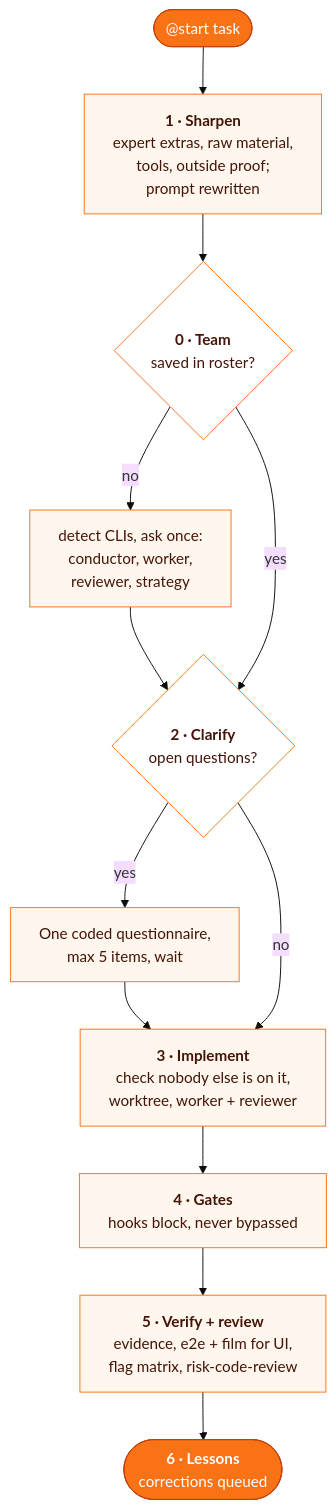
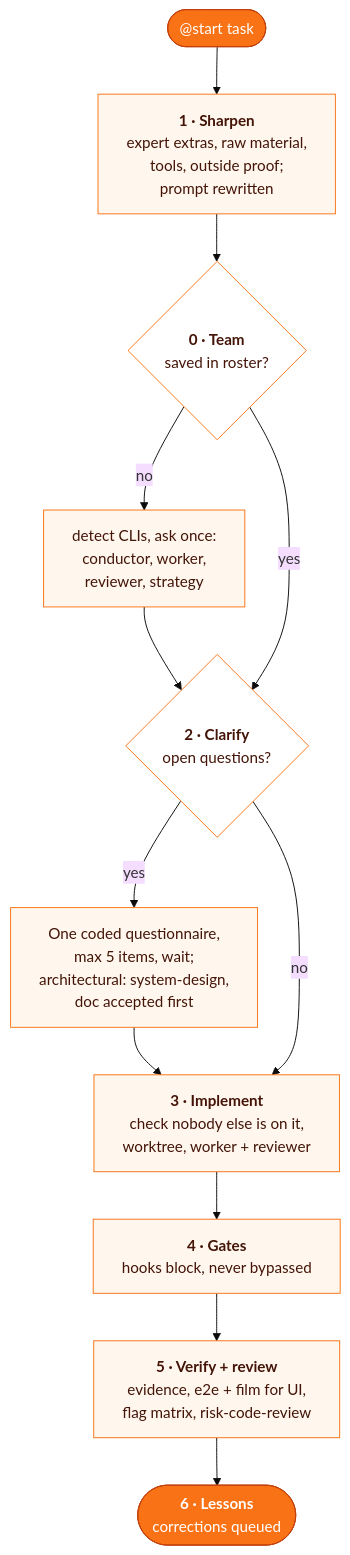
The diagram in skills/start/README.md (MarcinSufa/skills), drawn with Mermaid (base theme) before and after one commit. The commit also changed other lines of this file and 14 other files, not shown here.

First line of the commit message:
feat: add system-design skill and run it from start stage 2

````diff
--- a/skills/start/README.md
+++ b/skills/start/README.md
@@ -33,21 +33,21 @@
 ```mermaid
 flowchart TD
   IN(["@start task"]) --> S1["<b>1 · Sharpen</b><br/>expert extras, raw material,<br/>tools, outside proof;<br/>prompt rewritten"]
   S1 --> S0{"<b>0 · Team</b><br/>saved in roster?"}
   S0 -- no --> T["detect CLIs, ask once:<br/>conductor, worker,<br/>reviewer, strategy"]
   T --> S2
   S0 -- yes --> S2{"<b>2 · Clarify</b><br/>open questions?"}
-  S2 -- yes --> Q["One coded questionnaire,<br/>max 5 items, wait"]
+  S2 -- yes --> Q["One coded questionnaire,<br/>max 5 items, wait;<br/>architectural: system-design,<br/>doc accepted first"]
   Q --> S3
   S2 -- no --> S3["<b>3 · Implement</b><br/>check nobody else is on it,<br/>worktree, worker + reviewer"]
   S3 --> S4["<b>4 · Gates</b><br/>hooks block, never bypassed"]
   S4 --> S5["<b>5 · Verify + review</b><br/>evidence, e2e + film for UI,<br/>flag matrix, risk-code-review"]
   S5 --> S6(["<b>6 · Lessons</b><br/>corrections queued"])
 
   classDef io fill:#f97316,stroke:#c2410c,color:#fff
   classDef step fill:#fff7ed,stroke:#f97316,color:#431407
   classDef ask fill:#ffffff,stroke:#f97316,color:#431407
   class IN,S6 io
   class S1,T,Q,S3,S4,S5 step
   class S0,S2 ask
 ```
````
